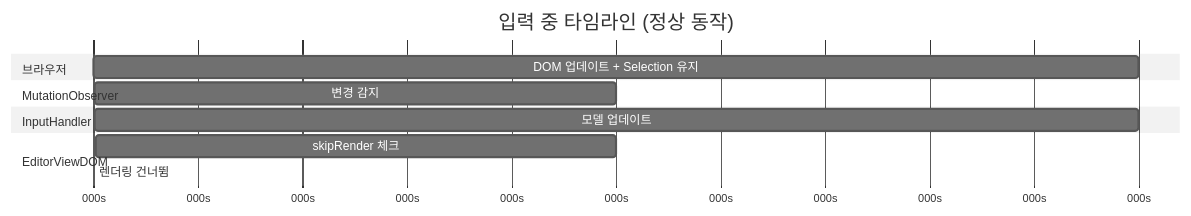
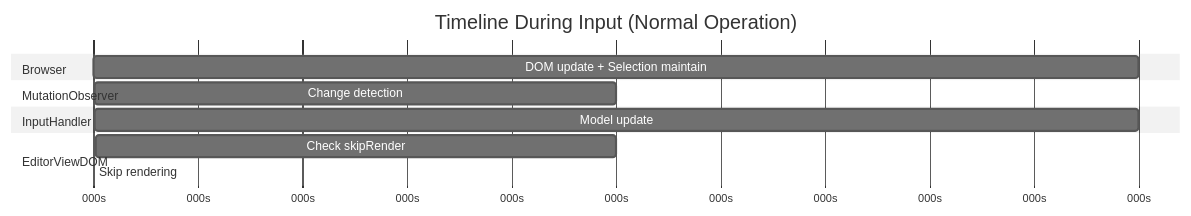
Before and after one commit to barocss/barocss-editor: diagram 13 of 16 in packages/editor-view-dom/docs/plan/input-rendering-race-condition.md, drawn with Mermaid (neutral theme). The commit also changed other lines of this file and 43 other files, not shown here.

````diff
--- a/packages/editor-view-dom/docs/plan/input-rendering-race-condition.md
+++ b/packages/editor-view-dom/docs/plan/input-rendering-race-condition.md
@@ -749,19 +749,19 @@
 ```mermaid
 gantt
-    title 입력 중 타임라인 (정상 동작)
+    title Timeline During Input (Normal Operation)
     dateFormat X
     axisFormat %Ls
     
-    section 브라우저
-    DOM 업데이트 + Selection 유지 :0, 10
+    section Browser
+    DOM update + Selection maintain :0, 10
     
     section MutationObserver
-    변경 감지 :10, 5
+    Change detection :10, 5
     
     section InputHandler
-    모델 업데이트 :15, 10
+    Model update :15, 10
     
     section EditorViewDOM
-    skipRender 체크 :25, 5
-    렌더링 건너뜀 :30, 0
+    Check skipRender :25, 5
+    Skip rendering :30, 0
 ```
````
